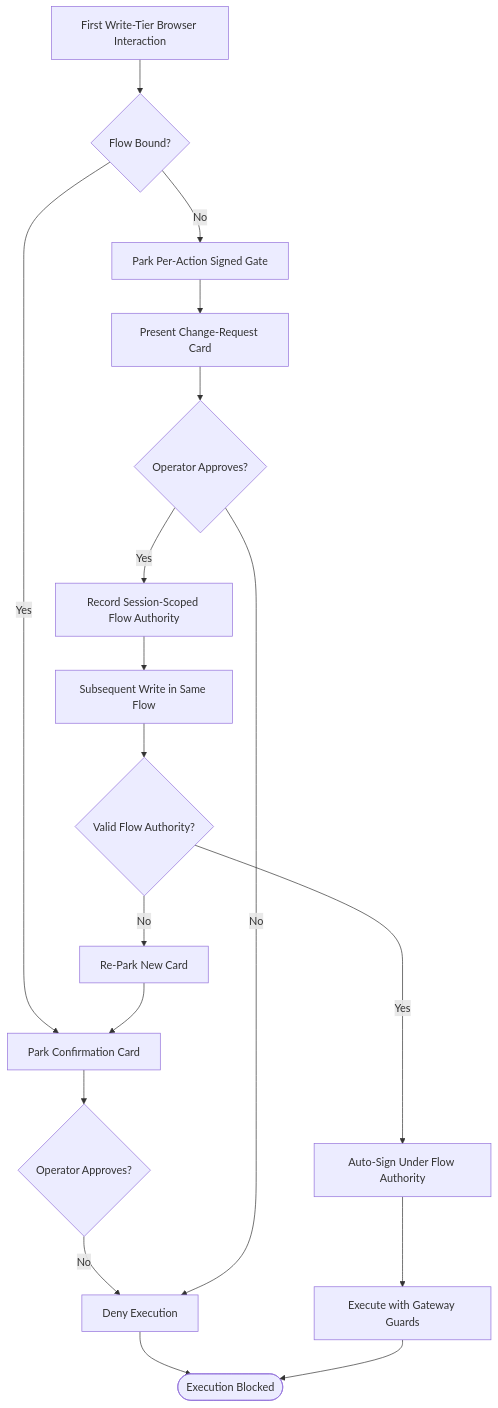
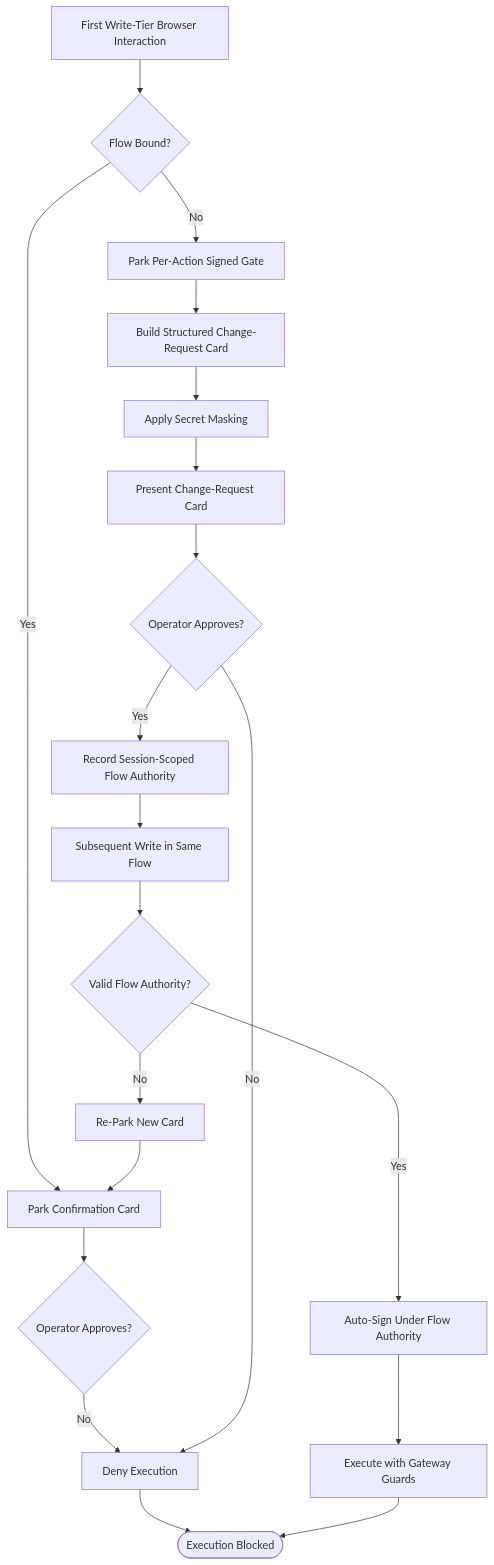
One commit to metasync/luban-aiops changed the eighth of 15 diagrams in .qoder/repowiki/en/content/Security Guide/Security Guide.md. Above: the diagram before and after it, drawn with Mermaid. The commit also changed other lines of this file and 47 other files, not shown here.

````diff
--- a/.qoder/repowiki/en/content/Security Guide/Security Guide.md
+++ b/.qoder/repowiki/en/content/Security Guide/Security Guide.md
@@ -468,20 +520,22 @@
 ```mermaid
 flowchart TD
 FirstWrite["First Write-Tier Browser Interaction"] --> IsBound{"Flow Bound?"}
 IsBound --> |Yes| ParkCard["Park Confirmation Card"]
 IsBound --> |No| ParkPerAction["Park Per-Action Signed Gate"]
 ParkCard --> Approve{"Operator Approves?"}
-ParkPerAction --> ChangeRequest["Present Change-Request Card"]
+ParkPerAction --> BuildChangeRequest["Build Structured Change-Request Card"]
+BuildChangeRequest --> MaskSecrets["Apply Secret Masking"]
+MaskSecrets --> PresentCard["Present Change-Request Card"]
 Approve --> |No| Deny["Deny Execution"]
-ChangeRequest --> ApprovePerAction{"Operator Approves?"}
+PresentCard --> ApprovePerAction{"Operator Approves?"}
 ApprovePerAction --> |No| Deny
 ApprovePerAction --> |Yes| RecordAuthority["Record Session-Scoped Flow Authority"]
 RecordAuthority --> NextWrite["Subsequent Write in Same Flow"]
 NextWrite --> CheckAuthority{"Valid Flow Authority?"}
 CheckAuthority --> |No| RePark["Re-Park New Card"]
 CheckAuthority --> |Yes| AutoSign["Auto-Sign Under Flow Authority"]
 AutoSign --> Execute["Execute with Gateway Guards"]
 RePark --> ParkCard
 Deny --> End(["Execution Blocked"])
 Execute --> End
 ```
````
